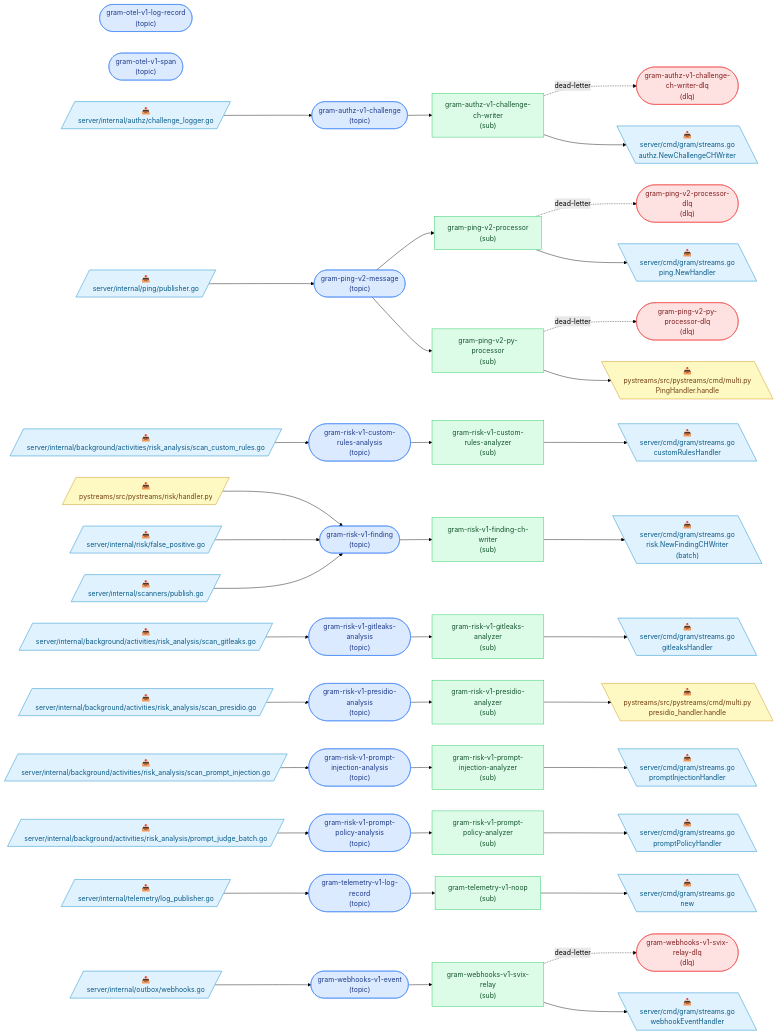
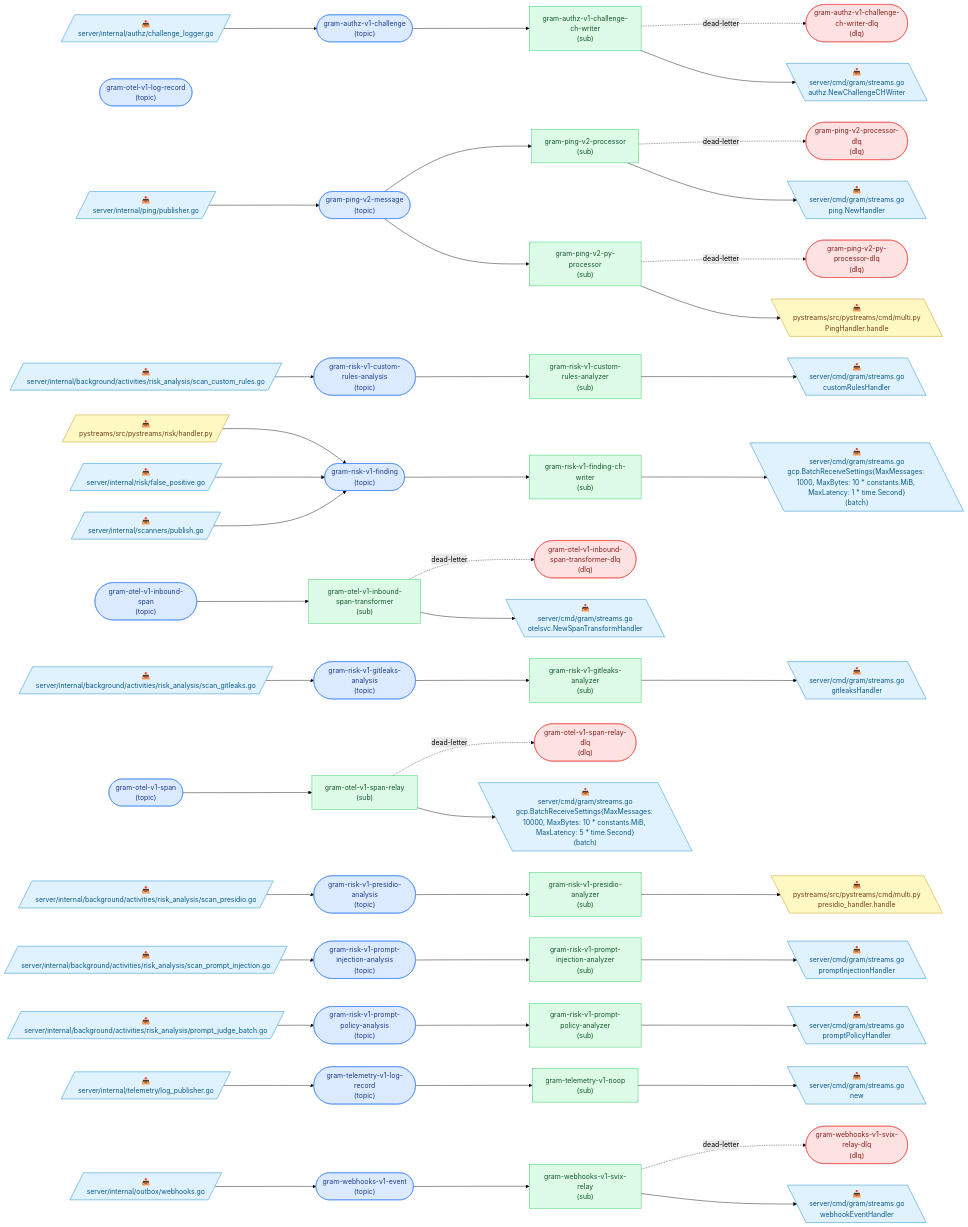
One commit to speakeasy-api/gram changed the diagram in docs/pubsub-topology.md. Above: the diagram before and after it, drawn with Mermaid (forest theme). The commit also changed other lines of this file and 69 other files, not shown here.

Commit message:
feat: create OpenTelemetry span ingestion service

````diff
--- a/docs/pubsub-topology.md
+++ b/docs/pubsub-topology.md
@@ -17,8 +17,11 @@
 
   t_gram_authz_v1_challenge(["gram-authz-v1-challenge<br/>(topic)"]):::topic
   t_gram_authz_v1_challenge_ch_writer_dlq(["gram-authz-v1-challenge-ch-writer-dlq<br/>(dlq)"]):::dlq
+  t_gram_otel_v1_inbound_span(["gram-otel-v1-inbound-span<br/>(topic)"]):::topic
+  t_gram_otel_v1_inbound_span_transformer_dlq(["gram-otel-v1-inbound-span-transformer-dlq<br/>(dlq)"]):::dlq
   t_gram_otel_v1_log_record(["gram-otel-v1-log-record<br/>(topic)"]):::topic
   t_gram_otel_v1_span(["gram-otel-v1-span<br/>(topic)"]):::topic
+  t_gram_otel_v1_span_relay_dlq(["gram-otel-v1-span-relay-dlq<br/>(dlq)"]):::dlq
   t_gram_ping_v2_message(["gram-ping-v2-message<br/>(topic)"]):::topic
   t_gram_ping_v2_processor_dlq(["gram-ping-v2-processor-dlq<br/>(dlq)"]):::dlq
   t_gram_ping_v2_py_processor_dlq(["gram-ping-v2-py-processor-dlq<br/>(dlq)"]):::dlq
@@ -32,6 +35,8 @@
   t_gram_webhooks_v1_event(["gram-webhooks-v1-event<br/>(topic)"]):::topic
   t_gram_webhooks_v1_svix_relay_dlq(["gram-webhooks-v1-svix-relay-dlq<br/>(dlq)"]):::dlq
   s_gram_authz_v1_challenge_ch_writer["gram-authz-v1-challenge-ch-writer<br/>(sub)"]:::sub
+  s_gram_otel_v1_inbound_span_transformer["gram-otel-v1-inbound-span-transformer<br/>(sub)"]:::sub
+  s_gram_otel_v1_span_relay["gram-otel-v1-span-relay<br/>(sub)"]:::sub
   s_gram_ping_v2_processor["gram-ping-v2-processor<br/>(sub)"]:::sub
   s_gram_ping_v2_py_processor["gram-ping-v2-py-processor<br/>(sub)"]:::sub
   s_gram_risk_v1_custom_rules_analyzer["gram-risk-v1-custom-rules-analyzer<br/>(sub)"]:::sub
@@ -69,6 +74,10 @@
   p11 --> t_gram_webhooks_v1_event
   t_gram_authz_v1_challenge --> s_gram_authz_v1_challenge_ch_writer
   s_gram_authz_v1_challenge_ch_writer -. dead-letter .-> t_gram_authz_v1_challenge_ch_writer_dlq
+  t_gram_otel_v1_inbound_span --> s_gram_otel_v1_inbound_span_transformer
+  s_gram_otel_v1_inbound_span_transformer -. dead-letter .-> t_gram_otel_v1_inbound_span_transformer_dlq
+  t_gram_otel_v1_span --> s_gram_otel_v1_span_relay
+  s_gram_otel_v1_span_relay -. dead-letter .-> t_gram_otel_v1_span_relay_dlq
   t_gram_ping_v2_message --> s_gram_ping_v2_processor
   s_gram_ping_v2_processor -. dead-letter .-> t_gram_ping_v2_processor_dlq
   t_gram_ping_v2_message --> s_gram_ping_v2_py_processor
@@ -84,24 +93,28 @@
   s_gram_webhooks_v1_svix_relay -. dead-letter .-> t_gram_webhooks_v1_svix_relay_dlq
   c12[\"📥<br/>server/cmd/gram/streams.go<br/>authz.NewChallengeCHWriter"\]:::go
   s_gram_authz_v1_challenge_ch_writer --> c12
-  c13[\"📥<br/>server/cmd/gram/streams.go<br/>ping.NewHandler"\]:::go
-  s_gram_ping_v2_processor --> c13
-  c14[\"📥<br/>pystreams/src/pystreams/cmd/multi.py<br/>PingHandler.handle"\]:::python
-  s_gram_ping_v2_py_processor --> c14
-  c15[\"📥<br/>server/cmd/gram/streams.go<br/>customRulesHandler"\]:::go
-  s_gram_risk_v1_custom_rules_analyzer --> c15
-  c16[\"📥<br/>server/cmd/gram/streams.go<br/>risk.NewFindingCHWriter<br/>(batch)"\]:::go
-  s_gram_risk_v1_finding_ch_writer --> c16
-  c17[\"📥<br/>server/cmd/gram/streams.go<br/>gitleaksHandler"\]:::go
-  s_gram_risk_v1_gitleaks_analyzer --> c17
-  c18[\"📥<br/>pystreams/src/pystreams/cmd/multi.py<br/>presidio_handler.handle"\]:::python
-  s_gram_risk_v1_presidio_analyzer --> c18
-  c19[\"📥<br/>server/cmd/gram/streams.go<br/>promptInjectionHandler"\]:::go
-  s_gram_risk_v1_prompt_injection_analyzer --> c19
-  c20[\"📥<br/>server/cmd/gram/streams.go<br/>promptPolicyHandler"\]:::go
-  s_gram_risk_v1_prompt_policy_analyzer --> c20
-  c21[\"📥<br/>server/cmd/gram/streams.go<br/>new"\]:::go
-  s_gram_telemetry_v1_noop --> c21
-  c22[\"📥<br/>server/cmd/gram/streams.go<br/>webhookEventHandler"\]:::go
-  s_gram_webhooks_v1_svix_relay --> c22
+  c13[\"📥<br/>server/cmd/gram/streams.go<br/>otelsvc.NewSpanTransformHandler"\]:::go
+  s_gram_otel_v1_inbound_span_transformer --> c13
+  c14[\"📥<br/>server/cmd/gram/streams.go<br/>gcp.BatchReceiveSettings{MaxMessages: 10000, MaxBytes: 10 * constants.MiB, MaxLatency: 5 * time.Second}<br/>(batch)"\]:::go
+  s_gram_otel_v1_span_relay --> c14
+  c15[\"📥<br/>server/cmd/gram/streams.go<br/>ping.NewHandler"\]:::go
+  s_gram_ping_v2_processor --> c15
+  c16[\"📥<br/>pystreams/src/pystreams/cmd/multi.py<br/>PingHandler.handle"\]:::python
+  s_gram_ping_v2_py_processor --> c16
+  c17[\"📥<br/>server/cmd/gram/streams.go<br/>customRulesHandler"\]:::go
+  s_gram_risk_v1_custom_rules_analyzer --> c17
+  c18[\"📥<br/>server/cmd/gram/streams.go<br/>gcp.BatchReceiveSettings{MaxMessages: 1000, MaxBytes: 10 * constants.MiB, MaxLatency: 1 * time.Second}<br/>(batch)"\]:::go
+  s_gram_risk_v1_finding_ch_writer --> c18
+  c19[\"📥<br/>server/cmd/gram/streams.go<br/>gitleaksHandler"\]:::go
+  s_gram_risk_v1_gitleaks_analyzer --> c19
+  c20[\"📥<br/>pystreams/src/pystreams/cmd/multi.py<br/>presidio_handler.handle"\]:::python
+  s_gram_risk_v1_presidio_analyzer --> c20
+  c21[\"📥<br/>server/cmd/gram/streams.go<br/>promptInjectionHandler"\]:::go
+  s_gram_risk_v1_prompt_injection_analyzer --> c21
+  c22[\"📥<br/>server/cmd/gram/streams.go<br/>promptPolicyHandler"\]:::go
+  s_gram_risk_v1_prompt_policy_analyzer --> c22
+  c23[\"📥<br/>server/cmd/gram/streams.go<br/>new"\]:::go
+  s_gram_telemetry_v1_noop --> c23
+  c24[\"📥<br/>server/cmd/gram/streams.go<br/>webhookEventHandler"\]:::go
+  s_gram_webhooks_v1_svix_relay --> c24
 ```
````
